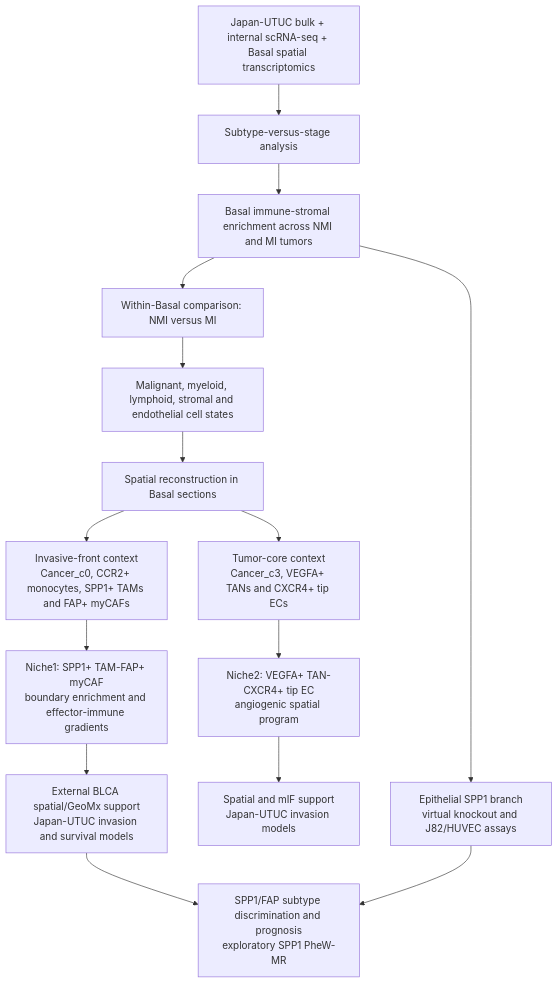
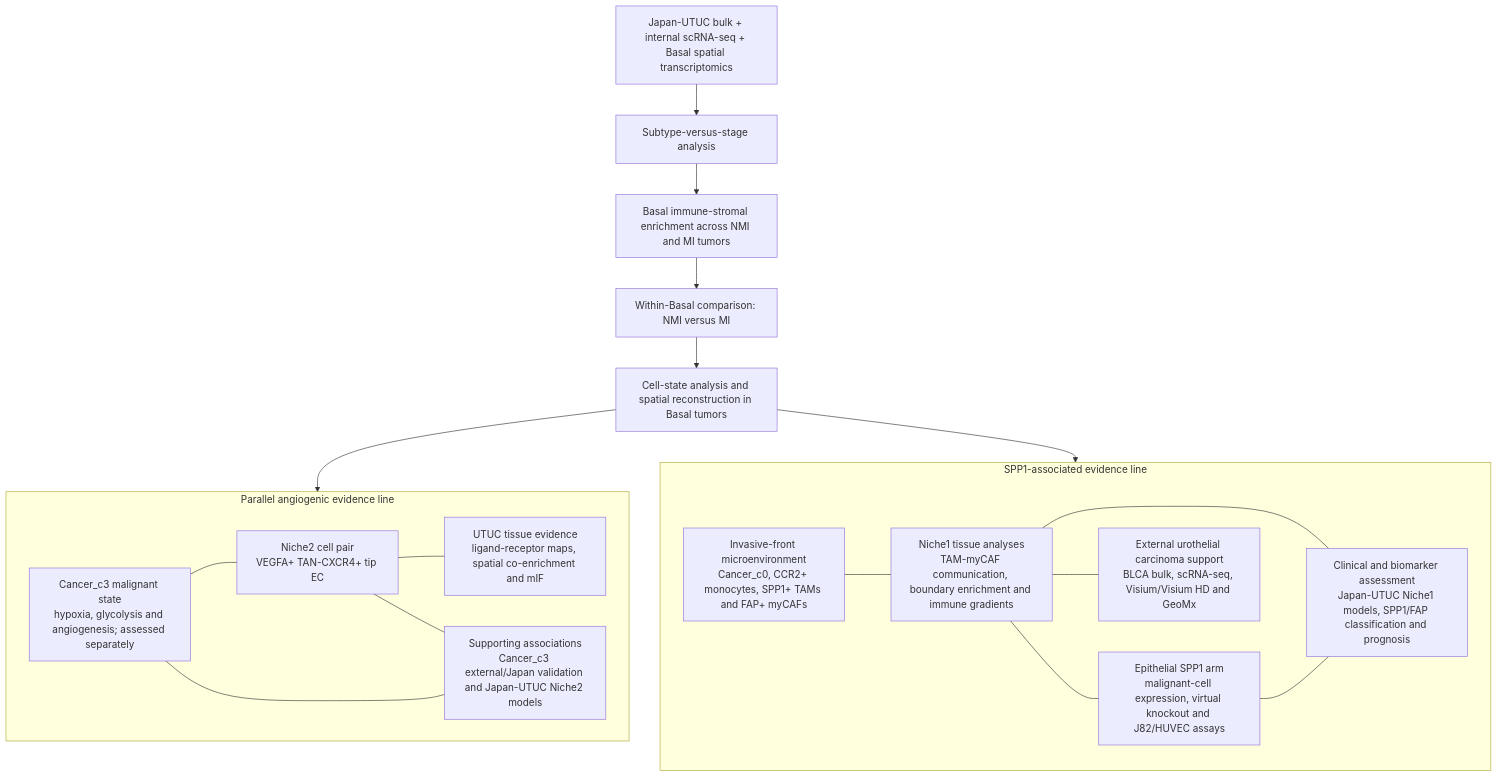
Before and after one commit to zzzqi123/Basal-UTUC-spatial-ecosystems: the diagram in README.md, drawn with Mermaid. The commit also changed other lines of this file, not shown here.

Commit message:
Reframe study design as parallel evidence lines

````diff
--- a/README.md
+++ b/README.md
@@ -41,21 +41,38 @@
 ```mermaid
 flowchart TB
     A["Japan-UTUC bulk + internal scRNA-seq + Basal spatial transcriptomics"] --> B["Subtype-versus-stage analysis"]
     B --> C["Basal immune-stromal enrichment across NMI and MI tumors"]
     C --> D["Within-Basal comparison: NMI versus MI"]
-    D --> E["Malignant, myeloid, lymphoid, stromal and endothelial cell states"]
-    E --> F["Spatial reconstruction in Basal sections"]
+    D --> E["Cell-state analysis and spatial reconstruction in Basal tumors"]
 
-    F --> G["Invasive-front context<br/>Cancer_c0, CCR2+ monocytes, SPP1+ TAMs and FAP+ myCAFs"]
-    F --> H["Tumor-core context<br/>Cancer_c3, VEGFA+ TANs and CXCR4+ tip ECs"]
+    E --> S1
+    E --> A1
 
-    G --> I["Niche1: SPP1+ TAM-FAP+ myCAF<br/>boundary enrichment and effector-immune gradients"]
-    H --> J["Niche2: VEGFA+ TAN-CXCR4+ tip EC<br/>angiogenic spatial program"]
+    subgraph SPP["SPP1-associated evidence line"]
+        direction LR
+        S1["Invasive-front microenvironment<br/>Cancer_c0, CCR2+ monocytes, SPP1+ TAMs and FAP+ myCAFs"]
+        S2["Niche1 tissue analyses<br/>TAM-myCAF communication, boundary enrichment and immune gradients"]
+        S3["Epithelial SPP1 arm<br/>malignant-cell expression, virtual knockout and J82/HUVEC assays"]
+        S4["External urothelial carcinoma support<br/>BLCA bulk, scRNA-seq, Visium/Visium HD and GeoMx"]
+        S5["Clinical and biomarker assessment<br/>Japan-UTUC Niche1 models, SPP1/FAP classification and prognosis"]
 
-    I --> K["External BLCA spatial/GeoMx support<br/>Japan-UTUC invasion and survival models"]
-    J --> L["Spatial and mIF support<br/>Japan-UTUC invasion models"]
+        S1 --- S2
+        S2 --- S3
+        S2 --- S4
+        S2 --- S5
+        S3 --- S5
+    end
 
-    C --> M["Epithelial SPP1 branch<br/>virtual knockout and J82/HUVEC assays"]
-    K --> N["SPP1/FAP subtype discrimination and prognosis<br/>exploratory SPP1 PheW-MR"]
-    M --> N
+    subgraph ANG["Parallel angiogenic evidence line"]
+        direction LR
+        A1["Cancer_c3 malignant state<br/>hypoxia, glycolysis and angiogenesis; assessed separately"]
+        A2["Niche2 cell pair<br/>VEGFA+ TAN-CXCR4+ tip EC"]
+        A3["UTUC tissue evidence<br/>ligand-receptor maps, spatial co-enrichment and mIF"]
+        A4["Supporting associations<br/>Cancer_c3 external/Japan validation and Japan-UTUC Niche2 models"]
+
+        A1 --- A2
+        A2 --- A3
+        A1 --- A4
+        A2 --- A4
+    end
 ```
````
